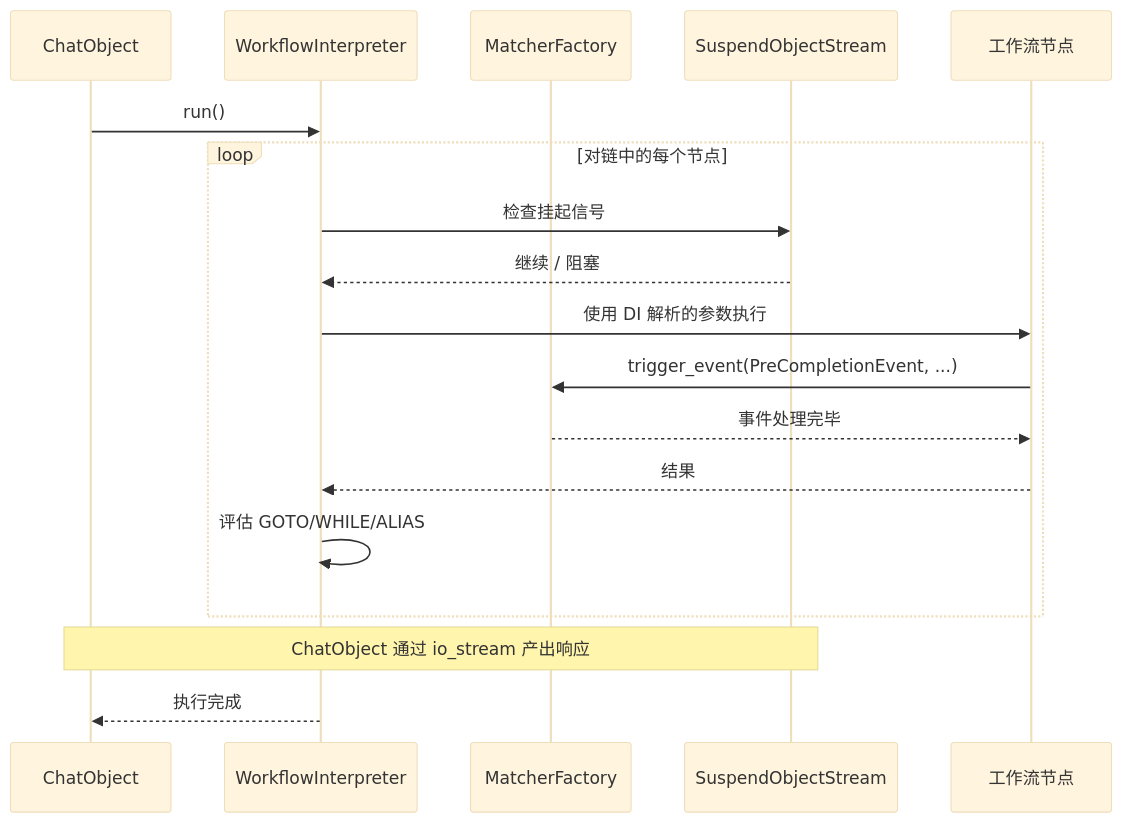
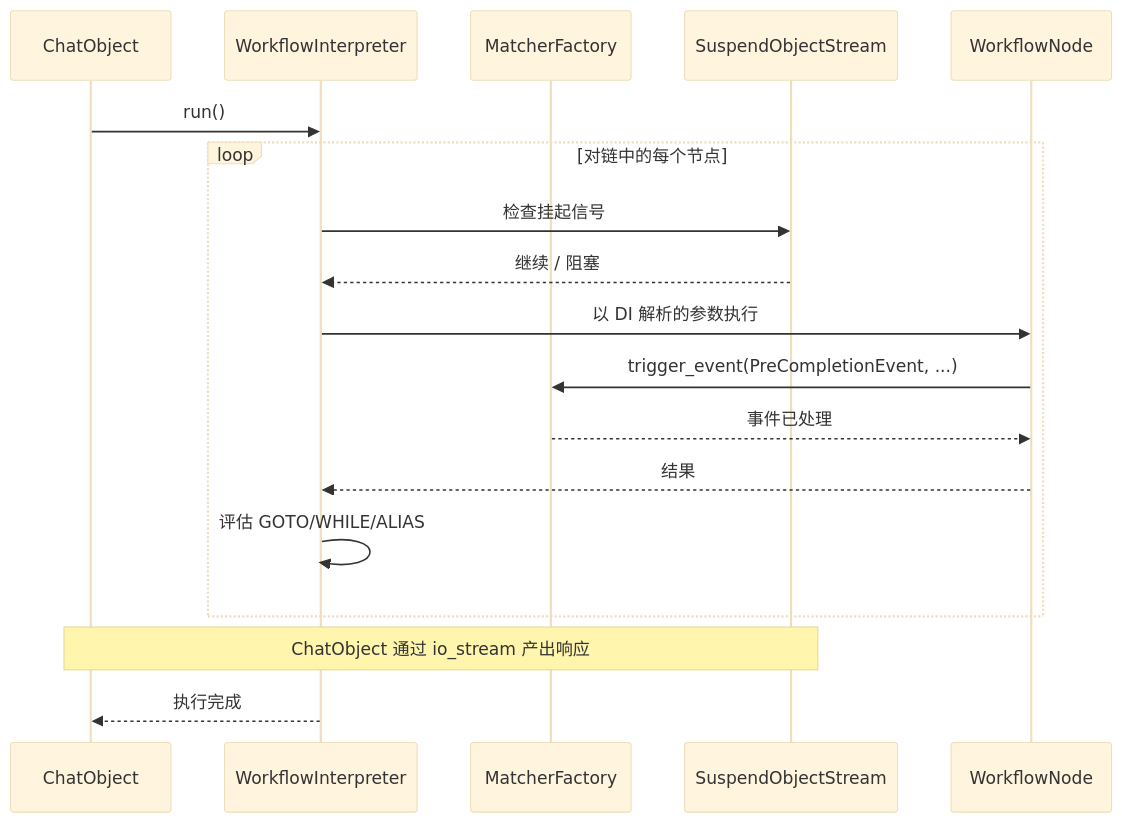
One commit to AmritaBot/AmritaCore changed the fourth of 5 diagrams in docs/docs/zh/guide/getting-started/architecture.md. Above: the diagram before and after it, drawn with Mermaid (base theme). The commit also changed other lines of this file and 160 other files, not shown here.

````diff
--- a/docs/docs/zh/guide/getting-started/architecture.md
+++ b/docs/docs/zh/guide/getting-started/architecture.md
@@ -155,21 +155,21 @@
 ```mermaid
 sequenceDiagram
     participant CO as ChatObject
     participant WI as WorkflowInterpreter
     participant MF as MatcherFactory
     participant SOS as SuspendObjectStream
-    participant Node as 工作流节点
+    participant Node as WorkflowNode
 
     CO->>WI: run()
     loop 对链中的每个节点
         WI->>SOS: 检查挂起信号
         SOS-->>WI: 继续 / 阻塞
-        WI->>Node: 使用 DI 解析的参数执行
+        WI->>Node: 以 DI 解析的参数执行
         Node->>MF: trigger_event(PreCompletionEvent, ...)
-        MF-->>Node: 事件处理完毕
+        MF-->>Node: 事件已处理
         Node-->>WI: 结果
         WI->>WI: 评估 GOTO/WHILE/ALIAS
     end
     Note over CO,SOS: ChatObject 通过 io_stream 产出响应
     WI-->>CO: 执行完成
 ```
````
